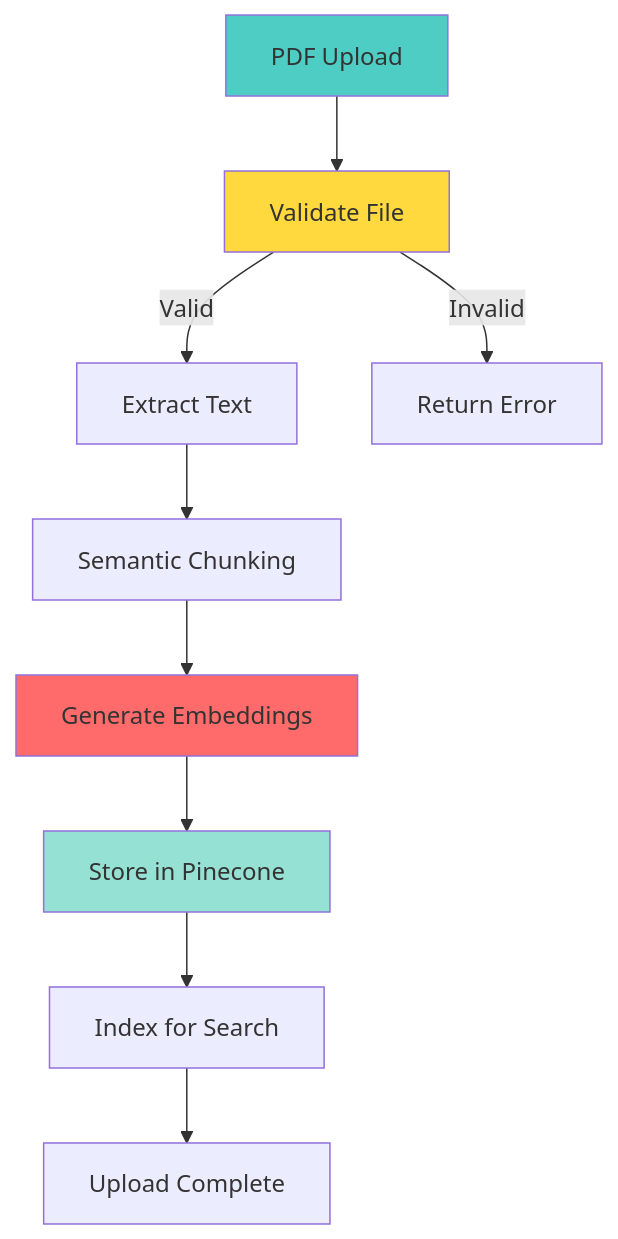
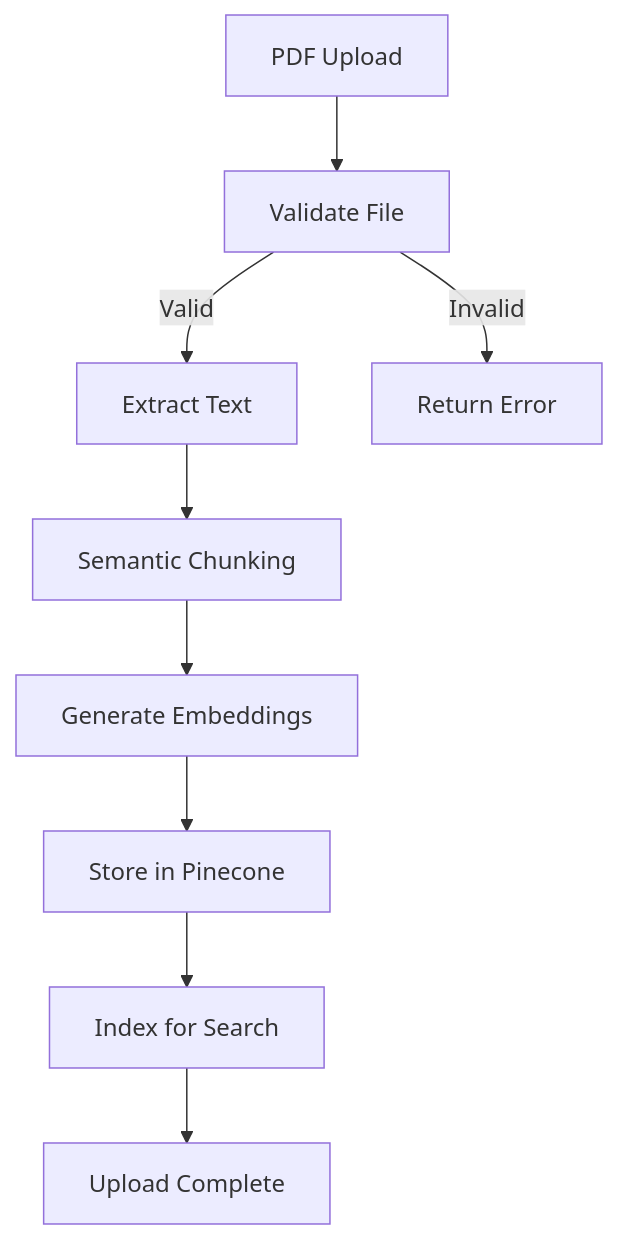
One commit to Shashwat-Akhilesh-Shukla/Cognitive-AI changed diagram 15 of 18 in RESEARCH.md. Above: the diagram before and after it, drawn with Mermaid. The commit also changed other lines of this file and 4 other files, not shown here.

````diff
--- a/RESEARCH.md
+++ b/RESEARCH.md
@@ -1283,25 +1311,20 @@
 ```mermaid
 graph TB
     UPLOAD[PDF Upload]
     VALIDATE[Validate File]
     EXTRACT[Extract Text]
     CHUNK[Semantic Chunking]
     EMBED[Generate Embeddings]
     STORE[Store in Pinecone]
     INDEX[Index for Search]
     COMPLETE[Upload Complete]
     
     UPLOAD --> VALIDATE
     VALIDATE -->|Valid| EXTRACT
     VALIDATE -->|Invalid| ERROR[Return Error]
     EXTRACT --> CHUNK
     CHUNK --> EMBED
     EMBED --> STORE
     STORE --> INDEX
     INDEX --> COMPLETE
-    
-    style UPLOAD fill:#4ecdc4
-    style VALIDATE fill:#ffd93d
-    style EMBED fill:#ff6b6b
-    style STORE fill:#95e1d3
 ```
````
